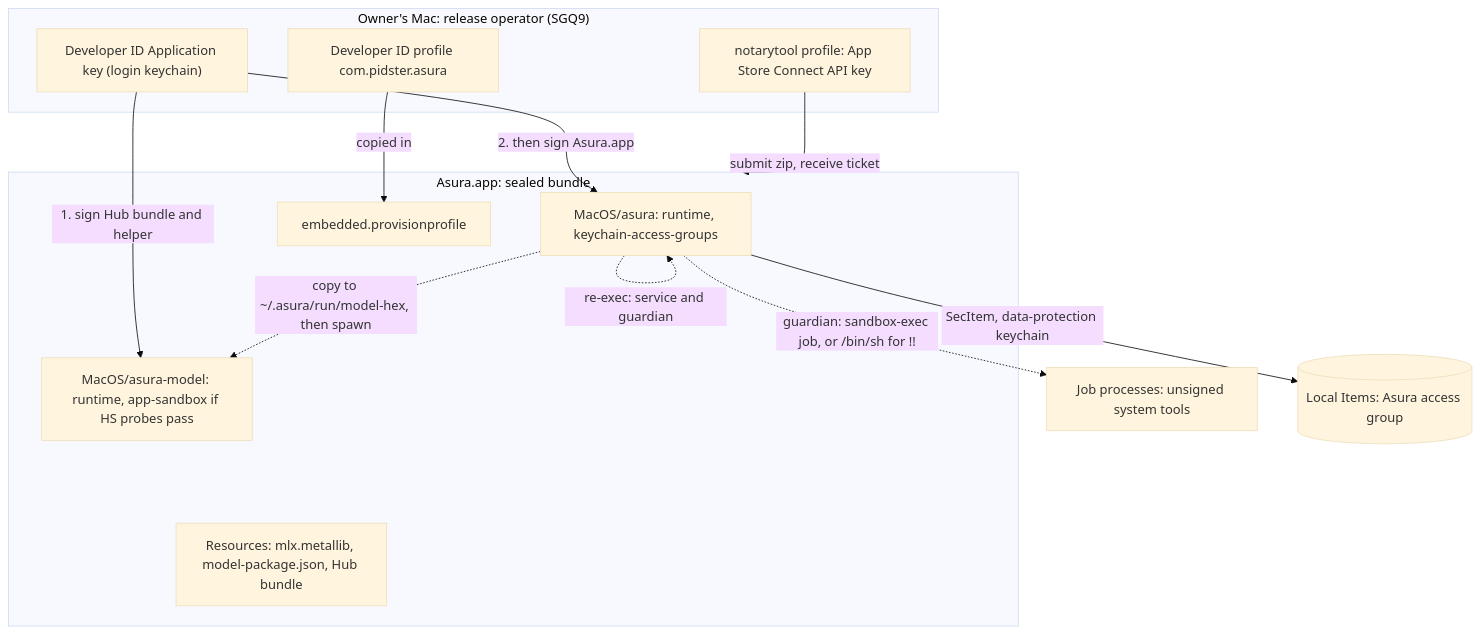
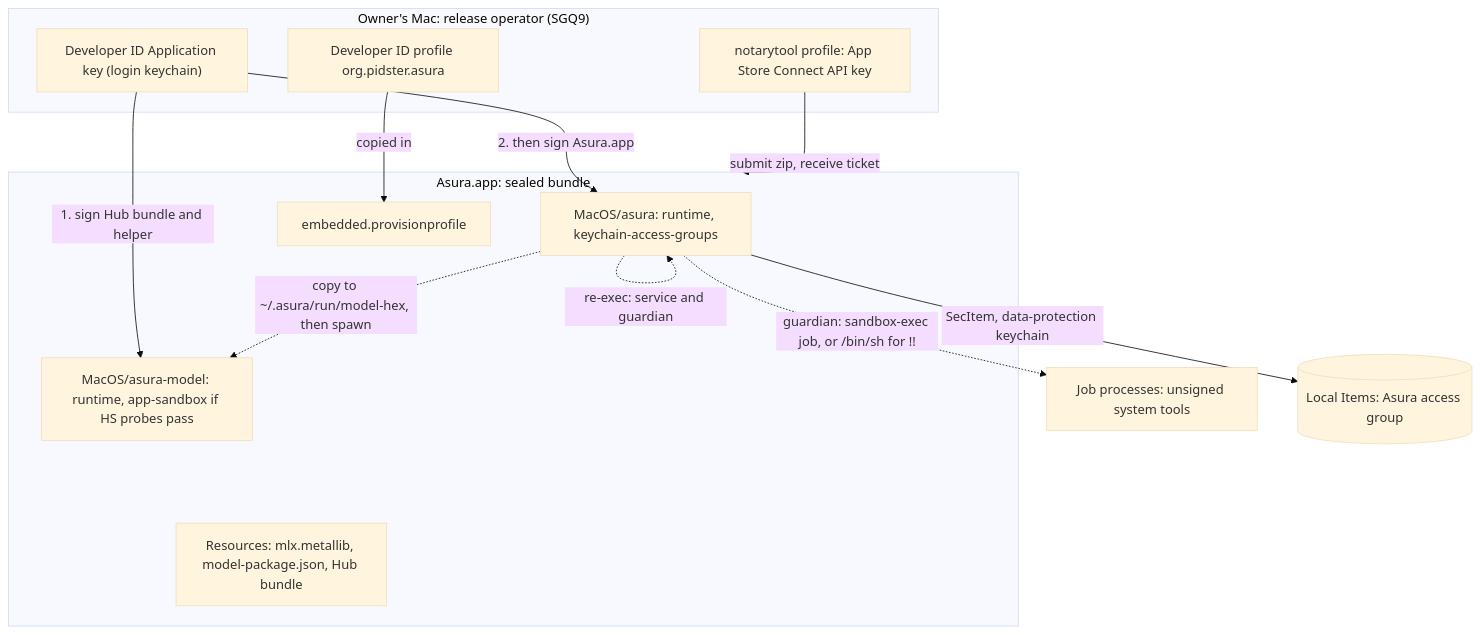
One commit to pidster/asura changed the first of 9 diagrams in docs/designs/release-signing.md. Above: the diagram before and after it, drawn with Mermaid (base theme). The commit also changed other lines of this file and 14 other files, not shown here.

First line of the commit message:
Change the reverse-DNS prefix to org.pidster (SGQ2 revision)

````diff
--- a/docs/designs/release-signing.md
+++ b/docs/designs/release-signing.md
@@ -226,22 +238,22 @@
 ```mermaid
 flowchart TD
     subgraph Operator["Owner's Mac: release operator (SGQ9)"]
         Cert["Developer ID Application key (login keychain)"]
         Notary["notarytool profile: App Store Connect API key"]
-        Prof["Developer ID profile com.pidster.asura"]
+        Prof["Developer ID profile org.pidster.asura"]
     end
     subgraph Bundle["Asura.app: sealed bundle"]
         A["MacOS/asura: runtime, keychain-access-groups"]
         H["MacOS/asura-model: runtime, app-sandbox if HS probes pass"]
         R["Resources: mlx.metallib, model-package.json, Hub bundle"]
         P["embedded.provisionprofile"]
     end
     Cert -->|"1. sign Hub bundle and helper"| H
     Cert -->|"2. then sign Asura.app"| A
     Prof -->|"copied in"| P
     Notary -->|"submit zip, receive ticket"| Bundle
     A -.->|"re-exec: service and guardian"| A
     A -.->|"copy to ~/.asura/run/model-hex, then spawn"| H
     A -.->|"guardian: sandbox-exec job, or /bin/sh for !!"| Jobs["Job processes: unsigned system tools"]
     A -->|"SecItem, data-protection keychain"| KC[("Local Items: Asura access group")]
 ```
````
